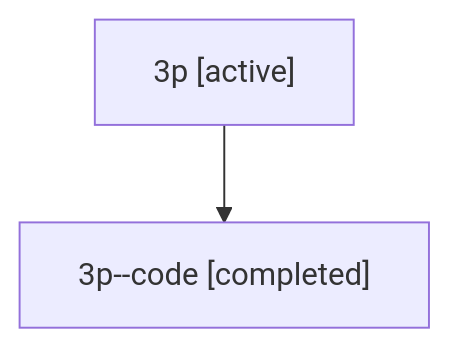
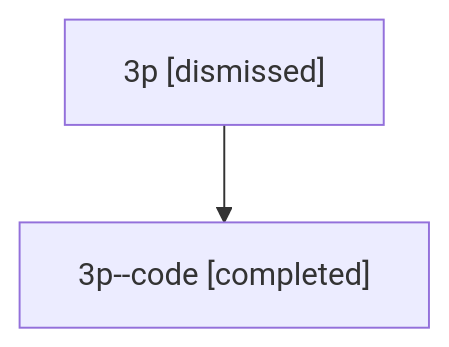
The diagram in sessions/bbugyi200.athena.3p.md (sase-org/sase--agents), drawn with Mermaid before and after one commit. The commit also changed other lines of this file and 32 other files, not shown here.

````diff
--- a/sessions/bbugyi200.athena.3p.md
+++ b/sessions/bbugyi200.athena.3p.md
@@ -9,6 +9,6 @@
 ```mermaid
 flowchart TD
-  n0["3p [active]"]
+  n0["3p [dismissed]"]
   n1["3p--code [completed]"]
   n0 --> n1
 ```
````
